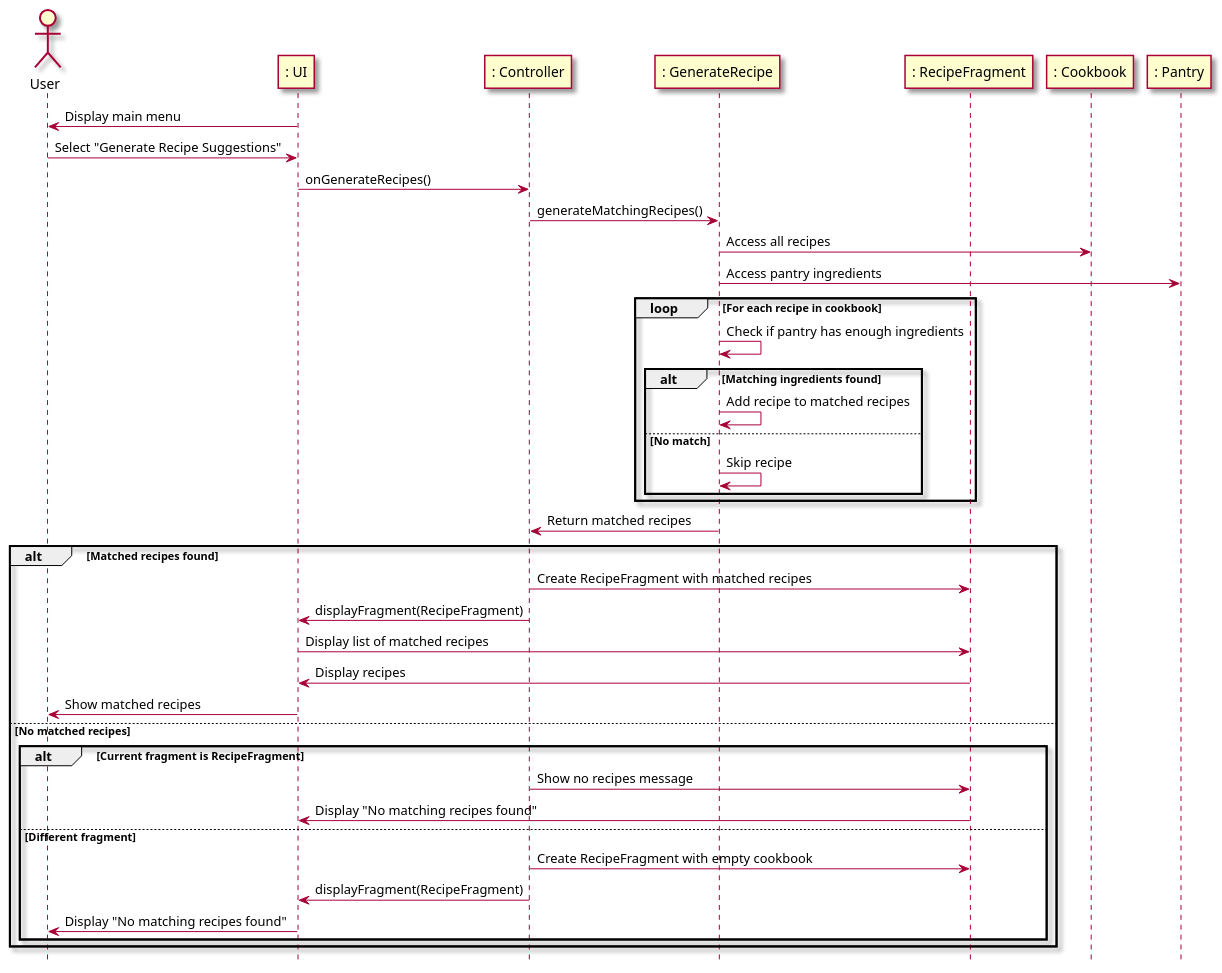
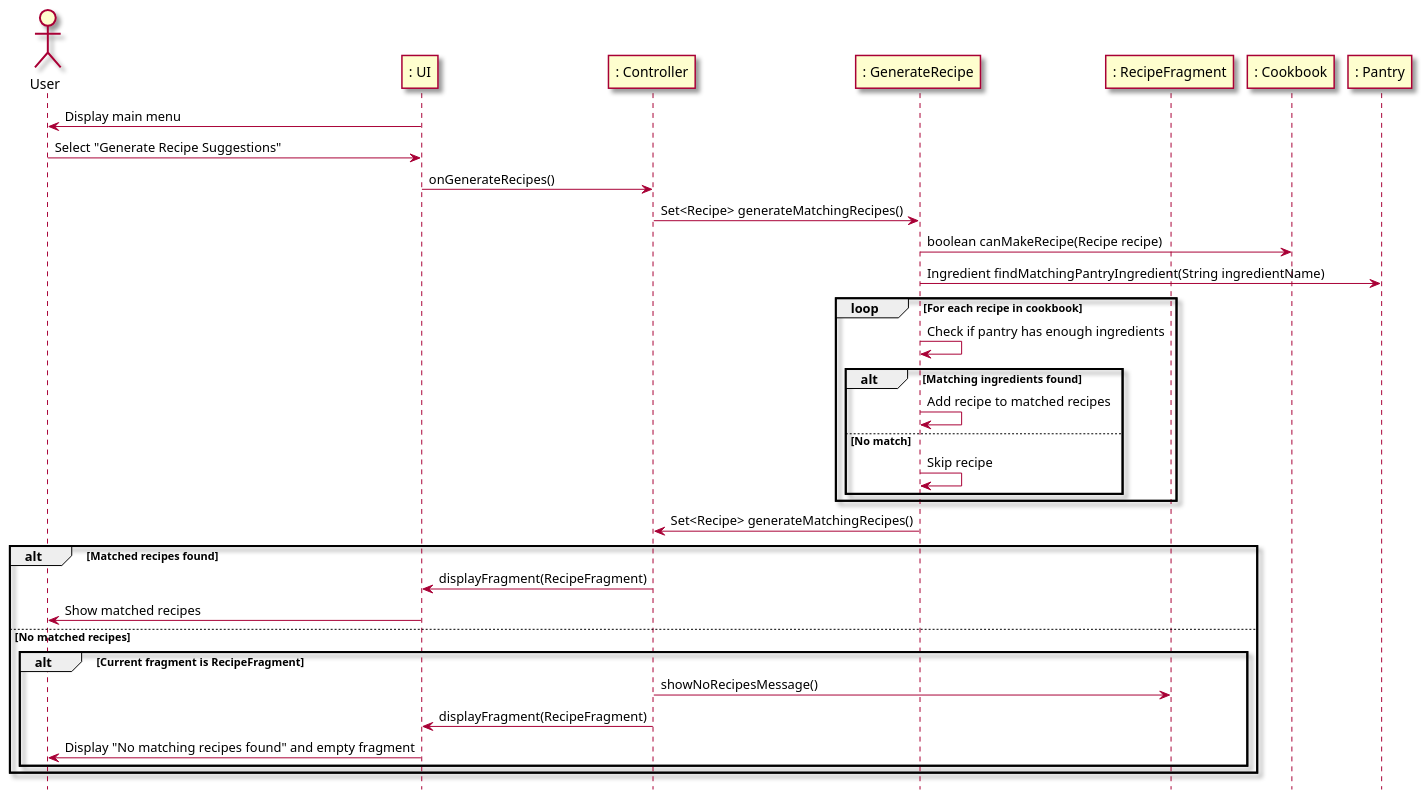
Before and after one commit to berthashipper/Pantry-Pal-Android-Application: the second of 2 diagrams in intellij/doc/use-cases/generate_recipe.md, drawn with PlantUML.

Commit message:
Updated generate_recipe use case to use method call notation

````diff
--- a/intellij/doc/use-cases/generate_recipe.md
+++ b/intellij/doc/use-cases/generate_recipe.md
@@ -64,51 +64,45 @@
 ```plantuml
 @startuml
 skin rose
 
 hide footbox
 
 actor User as user
 participant ": UI" as ui
 participant ": Controller" as cont
 participant ": GenerateRecipe" as gr
 participant ": RecipeFragment" as rf
 participant ": Cookbook" as cb
 participant ": Pantry" as pantry
 
 ui -> user: Display main menu
 user -> ui: Select "Generate Recipe Suggestions"
 ui -> cont: onGenerateRecipes()
 
-cont -> gr: generateMatchingRecipes()
-gr -> cb: Access all recipes
-gr -> pantry: Access pantry ingredients
+cont -> gr: Set<Recipe> generateMatchingRecipes()
+gr -> cb: boolean canMakeRecipe(Recipe recipe)
+gr -> pantry: Ingredient findMatchingPantryIngredient(String ingredientName)
 loop For each recipe in cookbook
     gr -> gr: Check if pantry has enough ingredients
     alt Matching ingredients found
         gr -> gr: Add recipe to matched recipes
     else No match
         gr -> gr: Skip recipe
     end
 end
-gr -> cont: Return matched recipes
+gr -> cont: Set<Recipe> generateMatchingRecipes()
 
 alt Matched recipes found
-    cont -> rf: Create RecipeFragment with matched recipes
     cont -> ui: displayFragment(RecipeFragment)
-    ui -> rf: Display list of matched recipes
-    rf -> ui: Display recipes
     ui -> user: Show matched recipes
 else No matched recipes
     alt Current fragment is RecipeFragment
-        cont -> rf: Show no recipes message
-        rf -> ui: Display "No matching recipes found"
-    else Different fragment
-        cont -> rf: Create RecipeFragment with empty cookbook
+        cont -> rf: showNoRecipesMessage()
         cont -> ui: displayFragment(RecipeFragment)
-        ui -> user: Display "No matching recipes found"
+        ui -> user: Display "No matching recipes found" and empty fragment
     end
 end
 
 @enduml
 
 ```
````
